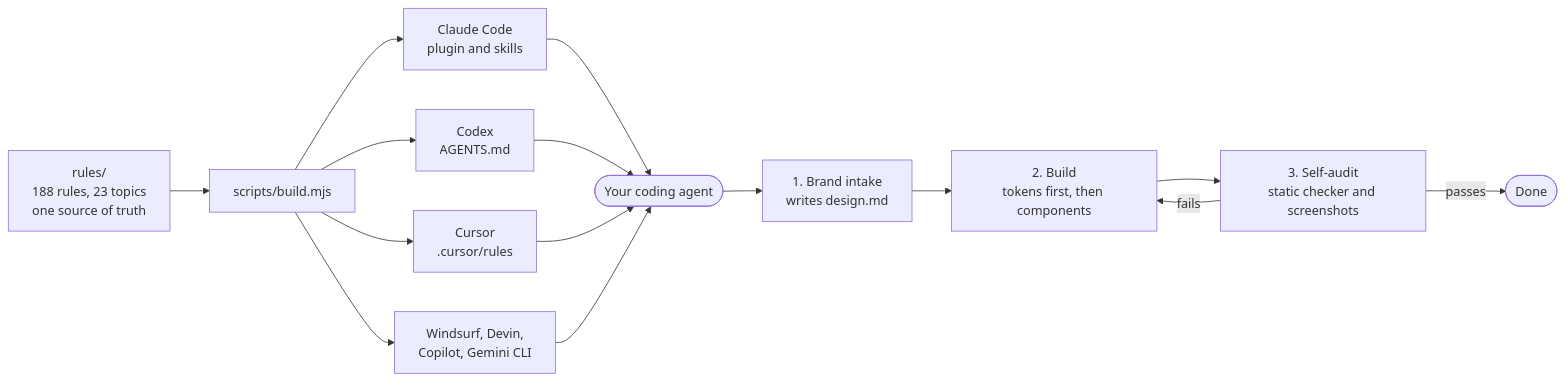
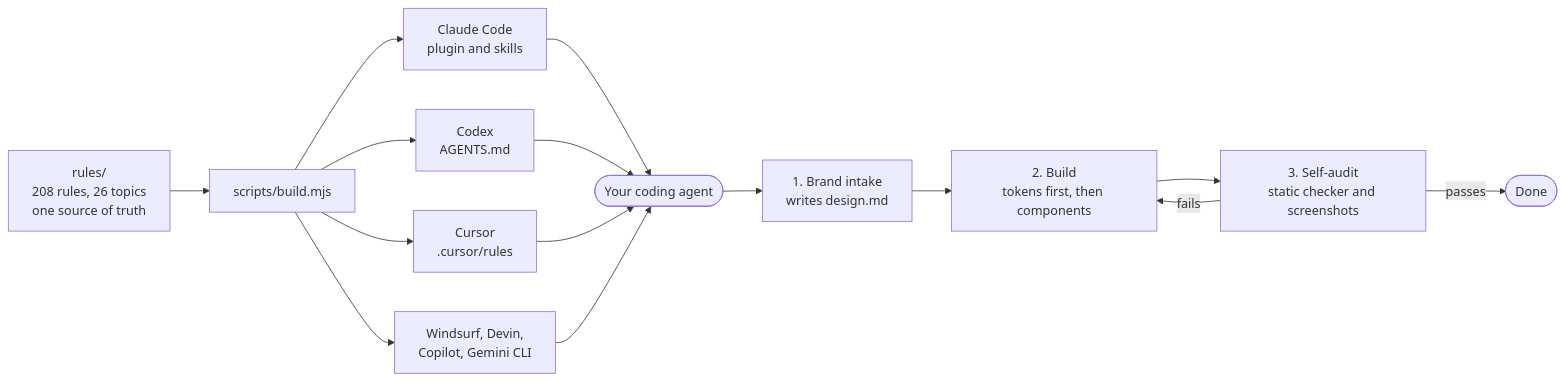
One commit to devsharmagrowleads-oss/ui-polish-kit changed the diagram in README.md. Above: the diagram before and after it, drawn with Mermaid. The commit also changed other lines of this file and 38 other files, not shown here.

````diff
--- a/README.md
+++ b/README.md
@@ -105,19 +105,19 @@
 ```mermaid
 flowchart LR
-    R["rules/<br>188 rules, 23 topics<br>one source of truth"] --> B["scripts/build.mjs"]
+    R["rules/<br>208 rules, 26 topics<br>one source of truth"] --> B["scripts/build.mjs"]
     B --> A1["Claude Code<br>plugin and skills"]
     B --> A2["Codex<br>AGENTS.md"]
     B --> A3["Cursor<br>.cursor/rules"]
     B --> A4["Windsurf, Devin,<br>Copilot, Gemini CLI"]
 
     A1 --> AG(["Your coding agent"])
     A2 --> AG
     A3 --> AG
     A4 --> AG
 
     AG --> S1["1. Brand intake<br>writes design.md"]
     S1 --> S2["2. Build<br>tokens first, then components"]
     S2 --> S3["3. Self-audit<br>static checker and screenshots"]
     S3 -- "fails" --> S2
     S3 -- "passes" --> D(["Done"])
 ```
````
